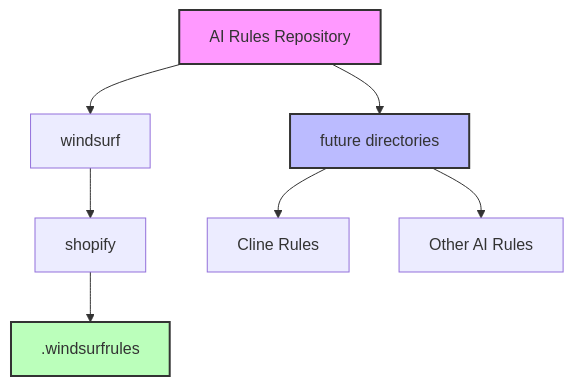
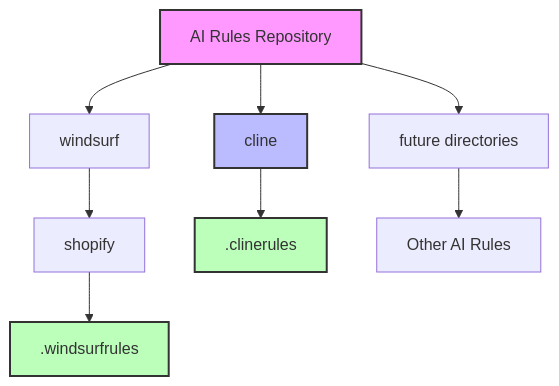
The first of 6 diagrams in README.md (YunosukeYoshino/rules), drawn with Mermaid before and after one commit. The commit also changed other lines of this file, not shown here.

Commit message:
Update README with Cline Next.js development rules

````diff
--- a/README.md
+++ b/README.md
@@ -7,13 +7,15 @@
 ```mermaid
 graph TD
     A[AI Rules Repository] --> B[windsurf]
     B --> C[shopify]
     C --> D[.windsurfrules]
-    A --> E[future directories]
-    E --> F[Cline Rules]
-    E --> G[Other AI Rules]
+    A --> E[cline]
+    E --> F[.clinerules]
+    A --> G[future directories]
+    G --> H[Other AI Rules]
 
     style A fill:#f9f,stroke:#333,stroke-width:2px
     style E fill:#bbf,stroke:#333,stroke-width:2px
     style D fill:#bfb,stroke:#333,stroke-width:2px
+    style F fill:#bfb,stroke:#333,stroke-width:2px
 ```
````
